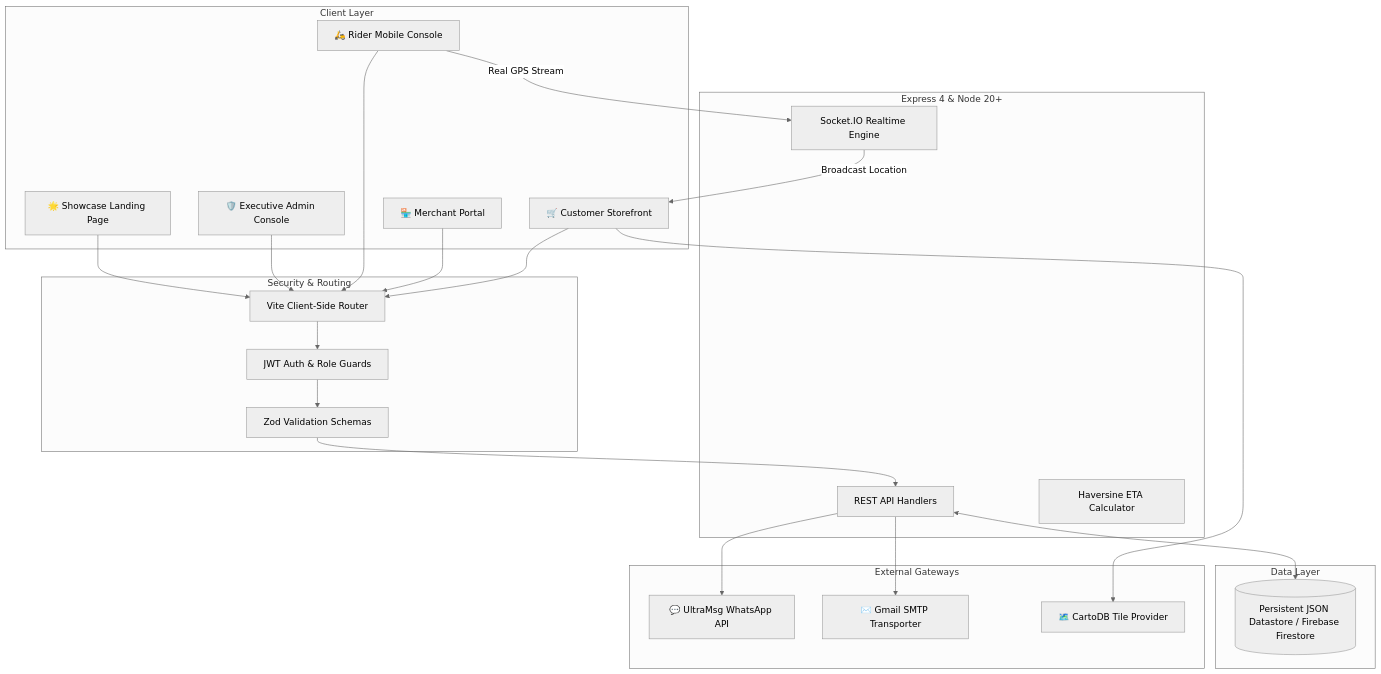
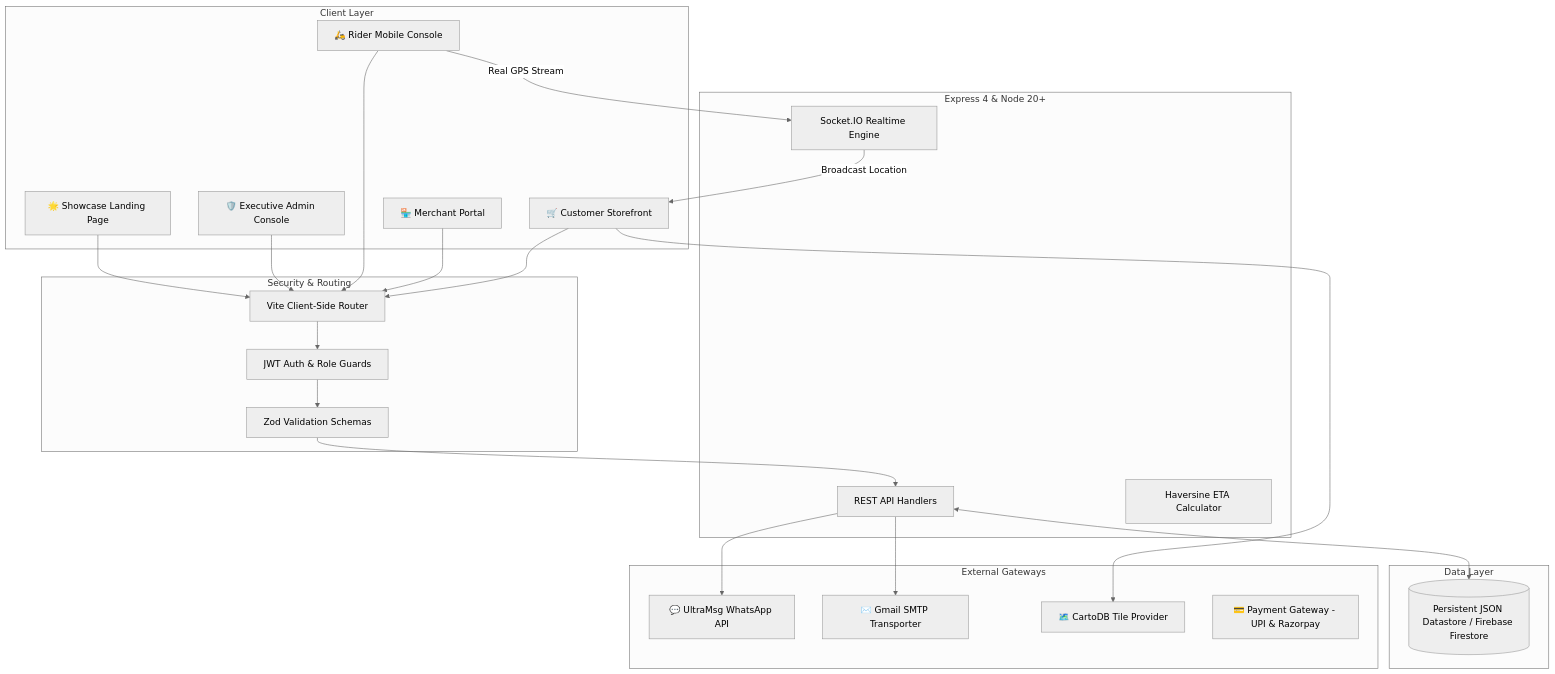
The diagram in README.md (bhavyacec25/Apna_kirana), drawn with Mermaid (neutral theme) before and after one commit. The commit also changed other lines of this file and 8 other files, not shown here.

Commit message:
feat(payment): integrate dynamic UPI QR, card 3D-secure OTP, and multi-rail payment gateway

````diff
--- a/README.md
+++ b/README.md
@@ -84,43 +92,44 @@
 ```mermaid
 graph TD
     subgraph Client Layer
         A[🛒 Customer Storefront]
         B[🏪 Merchant Portal]
         C[🛵 Rider Mobile Console]
         D[🛡️ Executive Admin Console]
         E[🌟 Showcase Landing Page]
     end
 
     subgraph Security & Routing
         F[Vite Client-Side Router]
         G[JWT Auth & Role Guards]
         H[Zod Validation Schemas]
     end
 
     subgraph Backend Core [Express 4 & Node 20+]
         I[REST API Handlers]
         J[Socket.IO Realtime Engine]
         K[Haversine ETA Calculator]
     end
 
     subgraph External Gateways
         L[💬 UltraMsg WhatsApp API]
         M[✉️ Gmail SMTP Transporter]
         N[🗺️ CartoDB Tile Provider]
+        P[💳 Payment Gateway - UPI & Razorpay]
     end
 
     subgraph Data Layer
         O[(Persistent JSON Datastore / Firebase Firestore)]
     end
 
     A & B & C & D & E --> F
     F --> G
     G --> H
     H --> I
     C -->|Real GPS Stream| J
     J -->|Broadcast Location| A
     I --> L
     I --> M
     A --> N
     I <--> O
 ```
````
